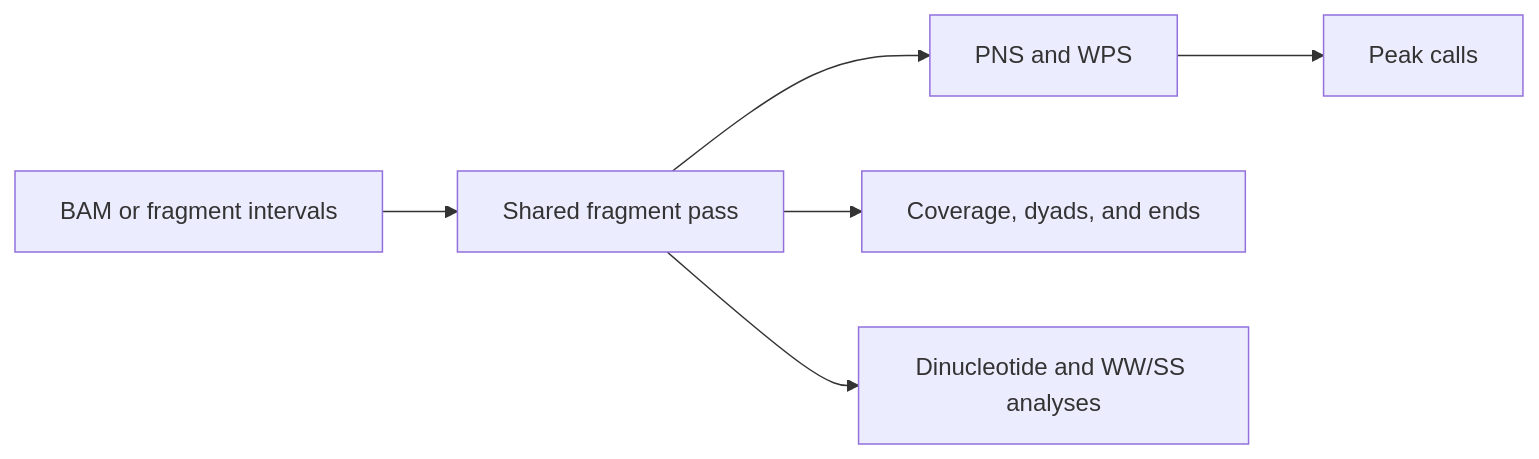
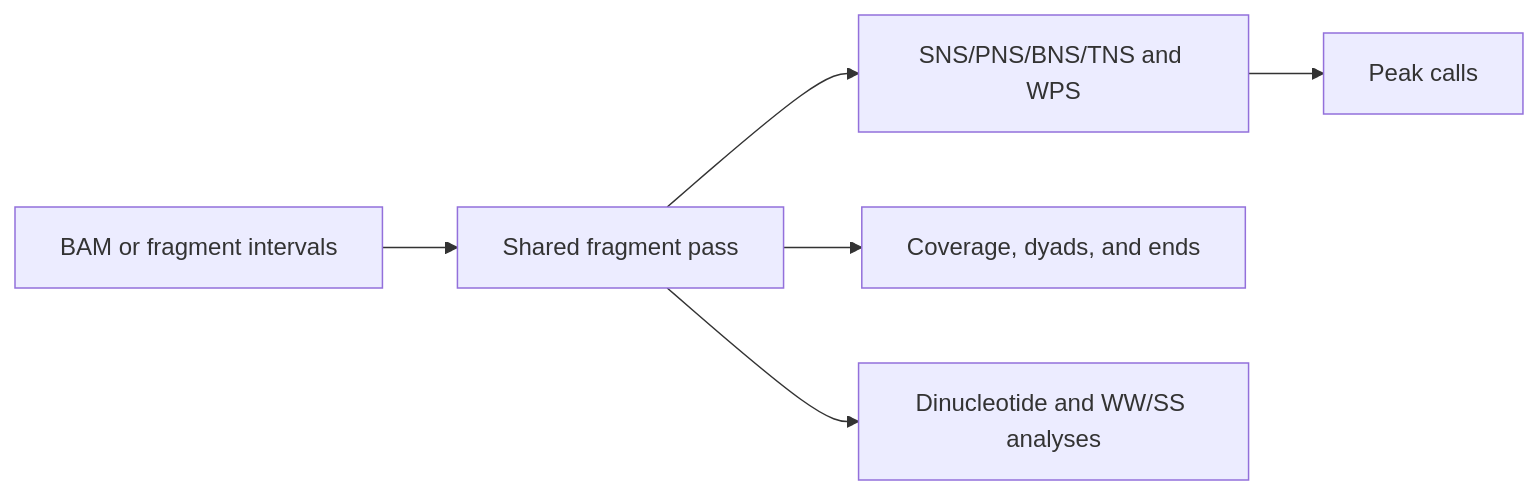
One commit to adjohnston85/NucleoSuite changed the diagram in docs/commands/tracks.md. Above: the diagram before and after it, drawn with Mermaid. The commit also changed other lines of this file and 63 other files, not shown here.

````diff
--- a/docs/commands/tracks.md
+++ b/docs/commands/tracks.md
@@ -11,8 +11,8 @@
 ```mermaid
 flowchart LR
     A[BAM or fragment intervals] --> B[Shared fragment pass]
-    B --> C[PNS and WPS]
+    B --> C[SNS/PNS/BNS/TNS and WPS]
     B --> D[Coverage, dyads, and ends]
     B --> E[Dinucleotide and WW/SS analyses]
     C --> F[Peak calls]
 ```
````
